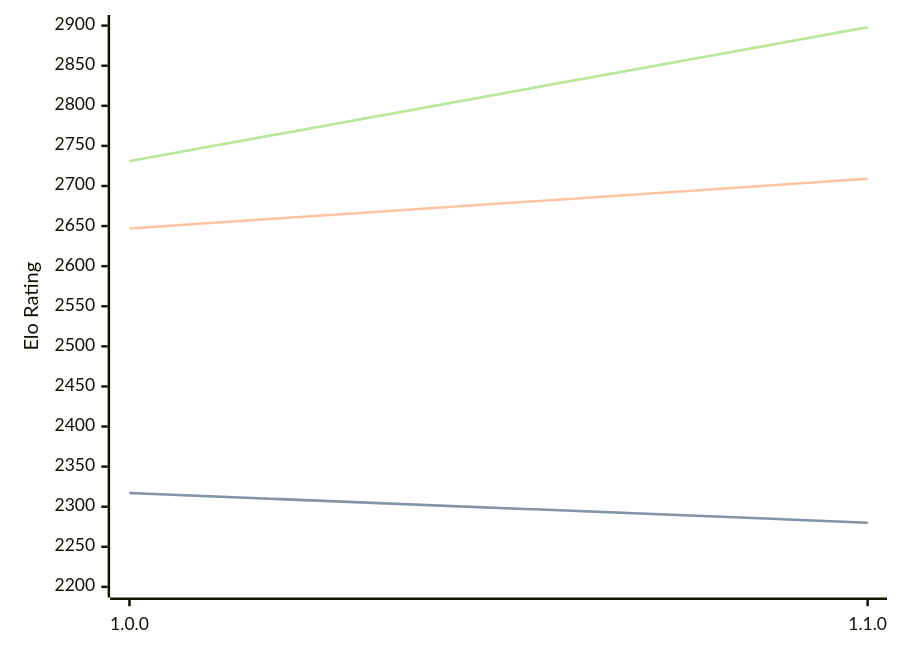
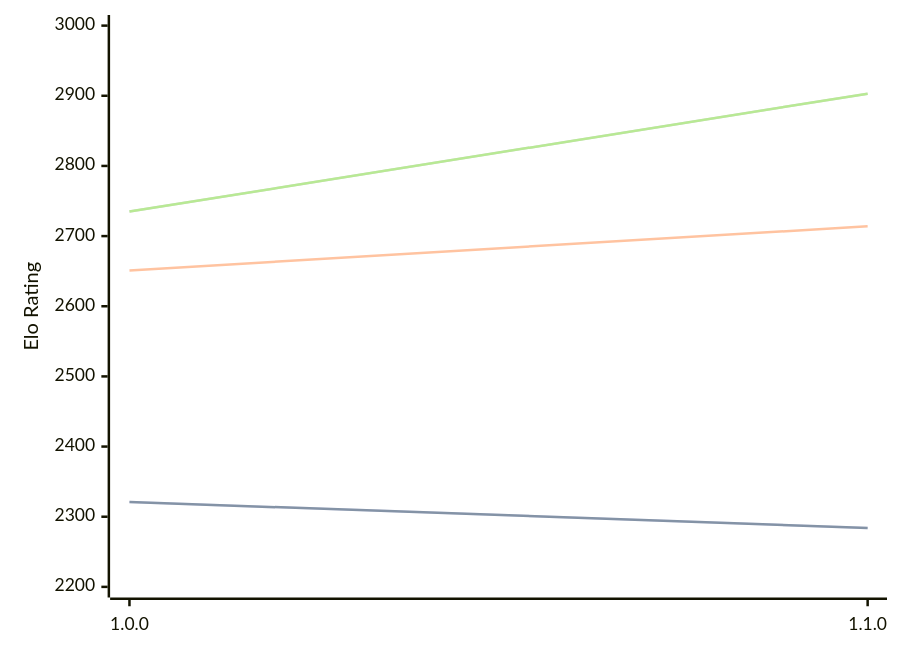
One commit to computer-chess-index/cci changed the diagram in engines/ShallowGuess.md. Above: the diagram before and after it, drawn with Mermaid. The commit also changed other lines of this file, not shown here.

Commit message:
Update CCI Ratings (ELO VLTC) - 2026-08-18

````diff
--- a/engines/ShallowGuess.md
+++ b/engines/ShallowGuess.md
@@ -32,11 +32,11 @@
 ```mermaid
 %%{init: {"theme":"base","themeVariables":{"seriesColors:['#a3a3a3','#222221','#faa371']}}}%%
 xychart-beta
   x-axis ["1.0.0", "1.1.0"]
-  y-axis "Elo Rating" 2200 --> 2900
-  line "STC (8.0+0.08s)" [2317, 2280]
-  line "STC (8.0+0.08s)" [2317, 2280]
-  line "LTC (60.0+0.60s)" [2647, 2709]
-  line "VLTC (2m24s+1.12s)" [2731, 2898]
-  line "VLTC (2m24s+1.12s)" [2731, 2898]
+  y-axis "Elo Rating" 2200 --> 3000
+  line "STC (8.0+0.08s)" [2321, 2284]
+  line "STC (8.0+0.08s)" [2321, 2284]
+  line "LTC (60.0+0.60s)" [2651, 2714]
+  line "VLTC (2m24s+1.12s)" [2735, 2903]
+  line "VLTC (2m24s+1.12s)" [2735, 2903]
 ```
````
